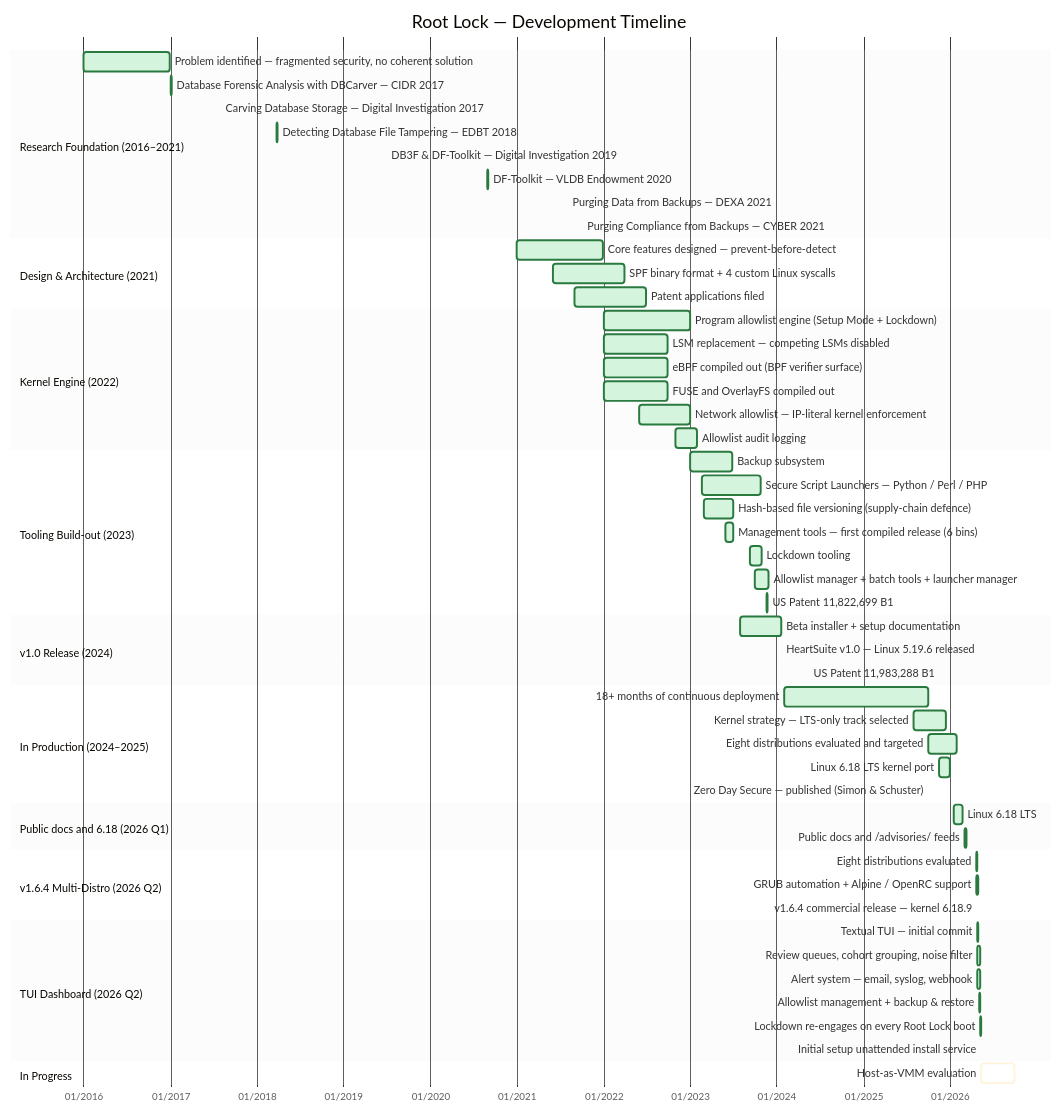
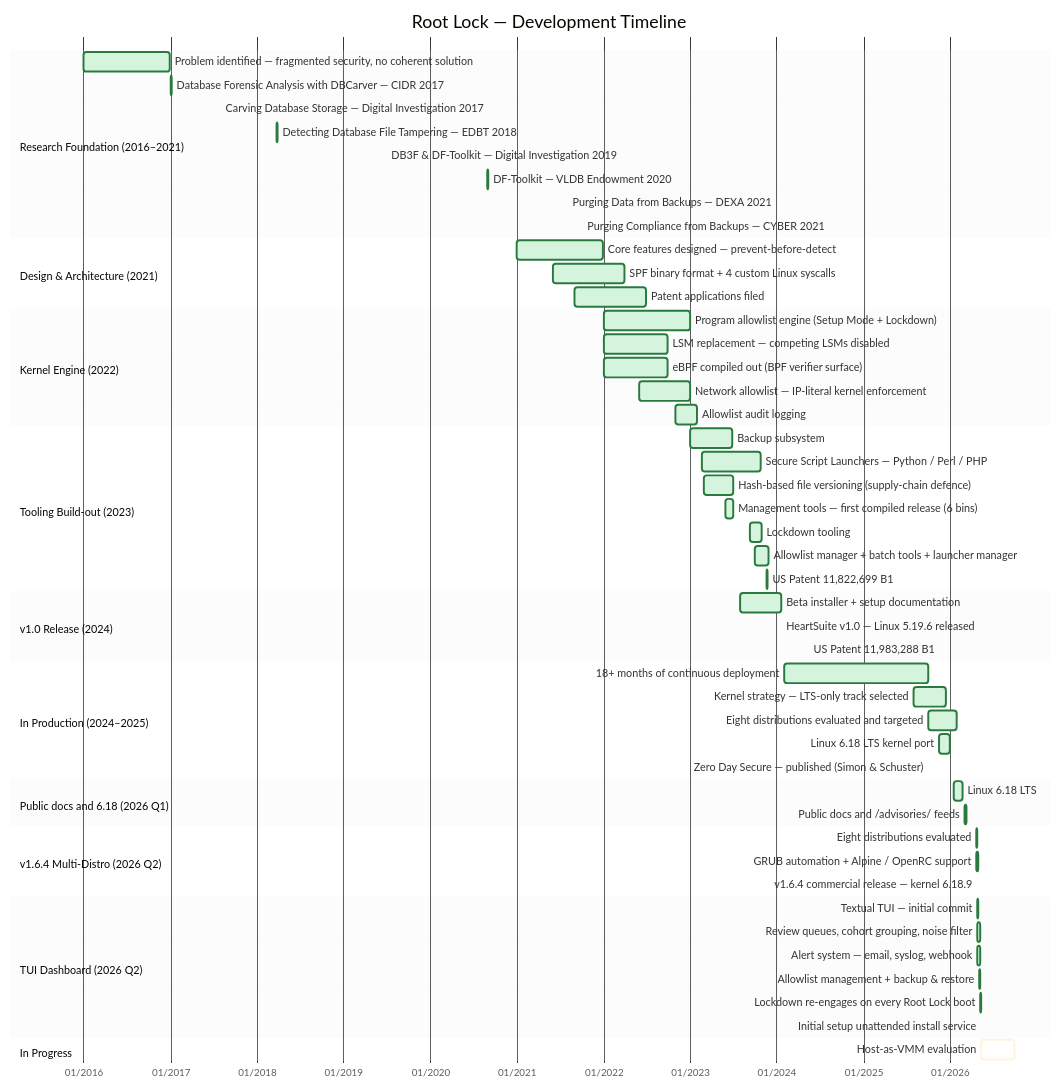
The diagram in content/en/rootlock/roadmap/_index.md (HeartSecuritySuite/heartsuite-docs), drawn with Mermaid before and after one commit. The commit also changed 7 other files, not shown here.

````diff
--- a/content/en/rootlock/roadmap/_index.md
+++ b/content/en/rootlock/roadmap/_index.md
@@ -30,71 +30,70 @@
 ```mermaid
 %%{init: {'theme':'base', 'themeVariables': {'doneTaskBkgColor':'#d4f4dd','doneTaskBorderColor':'#2a7a40','sectionBkgColor':'#eee','sectionBkgColor2':'#eee','taskBkgColor':'#eee','taskBorderColor':'#888','gridColor':'#888'}}}%%
 gantt
     title Root Lock — Development Timeline
     dateFormat YYYY-MM-DD
     axisFormat %m/%Y
 
     section Research Foundation (2016–2021)
     Problem identified — fragmented security, no coherent solution :done, 2016-01-01, 2016-12-31
     Database Forensic Analysis with DBCarver — CIDR 2017         :done, 2017-01-04, 2017-01-05
     Carving Database Storage — Digital Investigation 2017        :done, 2017-08-01, 2017-08-02
     Detecting Database File Tampering — EDBT 2018                :done, 2018-03-26, 2018-03-27
     DB3F & DF-Toolkit — Digital Investigation 2019               :done, 2019-07-01, 2019-07-02
     DF-Toolkit — VLDB Endowment 2020                             :done, 2020-08-31, 2020-09-01
     Purging Data from Backups — DEXA 2021                        :done, 2021-08-01, 2021-08-02
     Purging Compliance from Backups — CYBER 2021                 :done, 2021-10-03, 2021-10-04
 
     section Design & Architecture (2021)
     Core features designed — prevent-before-detect     :done, 2021-01-01, 2021-12-31
     SPF binary format + 4 custom Linux syscalls        :done, 2021-06-01, 2022-03-31
     Patent applications filed                          :done, 2021-09-01, 2022-06-30
 
     section Kernel Engine (2022)
     Program allowlist engine (Setup Mode + Lockdown)   :done, 2022-01-01, 2022-12-31
     LSM replacement — competing LSMs disabled          :done, 2022-01-01, 2022-09-30
     eBPF compiled out (BPF verifier surface)           :done, 2022-01-01, 2022-09-30
-    FUSE and OverlayFS compiled out                    :done, 2022-01-01, 2022-09-30
     Network allowlist — IP-literal kernel enforcement  :done, 2022-06-01, 2022-12-31
     Allowlist audit logging                            :done, 2022-11-01, 2023-01-31
 
     section Tooling Build-out (2023)
     Backup subsystem                                  :done, 2023-01-01, 2023-06-30
     Secure Script Launchers — Python / Perl / PHP     :done, 2023-02-20, 2023-10-25
     Hash-based file versioning (supply-chain defence) :done, 2023-03-01, 2023-07-01
     Management tools — first compiled release (6 bins) :done, 2023-06-01, 2023-07-01
     Lockdown tooling                                  :done, 2023-09-11, 2023-10-31
     Allowlist manager + batch tools + launcher manager :done, 2023-10-01, 2023-11-30
     US Patent 11,822,699 B1                           :done, 2023-11-21, 2023-11-22
 
     section v1.0 Release (2024)
     Beta installer + setup documentation              :done, 2023-07-31, 2024-01-20
     HeartSuite v1.0 — Linux 5.19.6 released           :done, 2024-01-20, 2024-01-21
     US Patent 11,983,288 B1                           :done, 2024-05-14, 2024-05-15
 
     section In Production (2024–2025)
     18+ months of continuous deployment        :done, 2024-02-01, 2025-09-30
     Kernel strategy — LTS-only track selected         :done, 2025-08-01, 2025-12-15
     Eight distributions evaluated and targeted        :done, 2025-10-01, 2026-01-31
     Linux 6.18 LTS kernel port                        :done, 2025-11-15, 2025-12-31
     Zero Day Secure — published (Simon & Schuster)    :done, 2025-10-01, 2025-10-02
 
     section Public docs and 6.18 (2026 Q1)
     Linux 6.18 LTS          :done, 2026-01-15, 2026-02-24
     Public docs and /advisories/ feeds                :done, 2026-03-05, 2026-03-12
 
     section v1.6.4 Multi-Distro (2026 Q2)
     Eight distributions evaluated                     :done, 2026-04-22, 2026-04-26
     GRUB automation + Alpine / OpenRC support         :done, 2026-04-23, 2026-04-29
     v1.6.4 commercial release — kernel 6.18.9         :done, 2026-04-26, 2026-04-27
 
     section TUI Dashboard (2026 Q2)
     Textual TUI — initial commit                      :done, 2026-04-28, 2026-04-29
     Review queues, cohort grouping, noise filter      :done, 2026-04-28, 2026-05-07
     Alert system — email, syslog, webhook             :done, 2026-04-28, 2026-05-07
     Allowlist management + backup & restore           :done, 2026-05-04, 2026-05-10
     Lockdown re-engages on every Root Lock boot       :done, 2026-05-07, 2026-05-12
     Initial setup unattended install service          :done, 2026-05-12, 2026-05-14
 
     section In Progress
     Host-as-VMM evaluation                            :active, 2026-05-14, 2026-09-30
 ```
````
